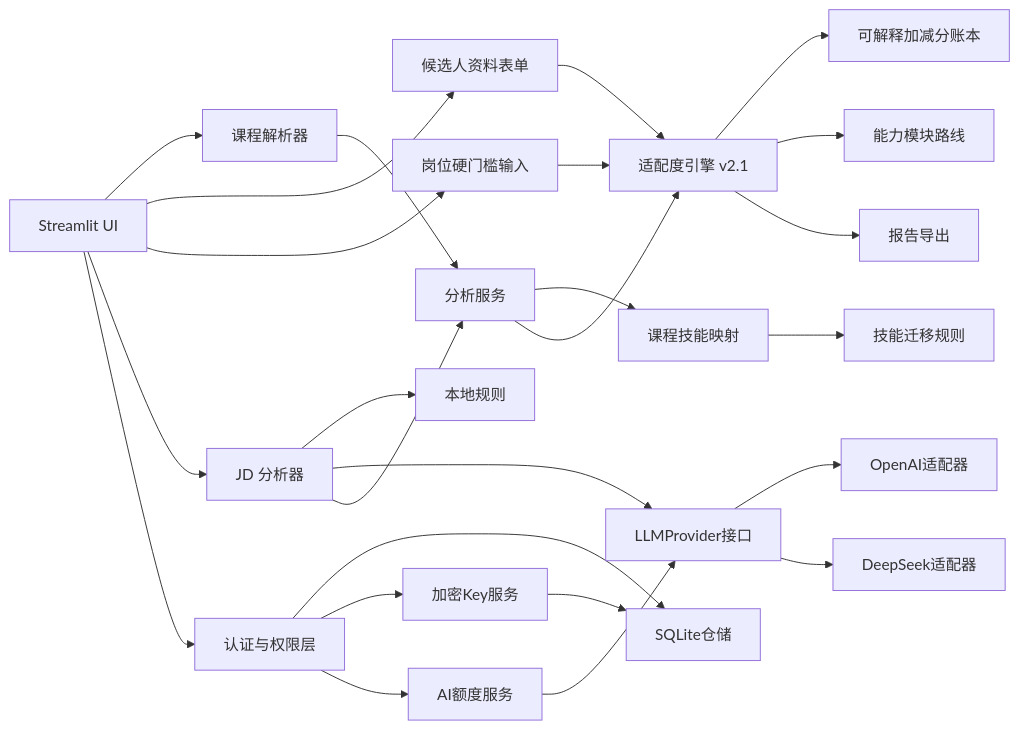
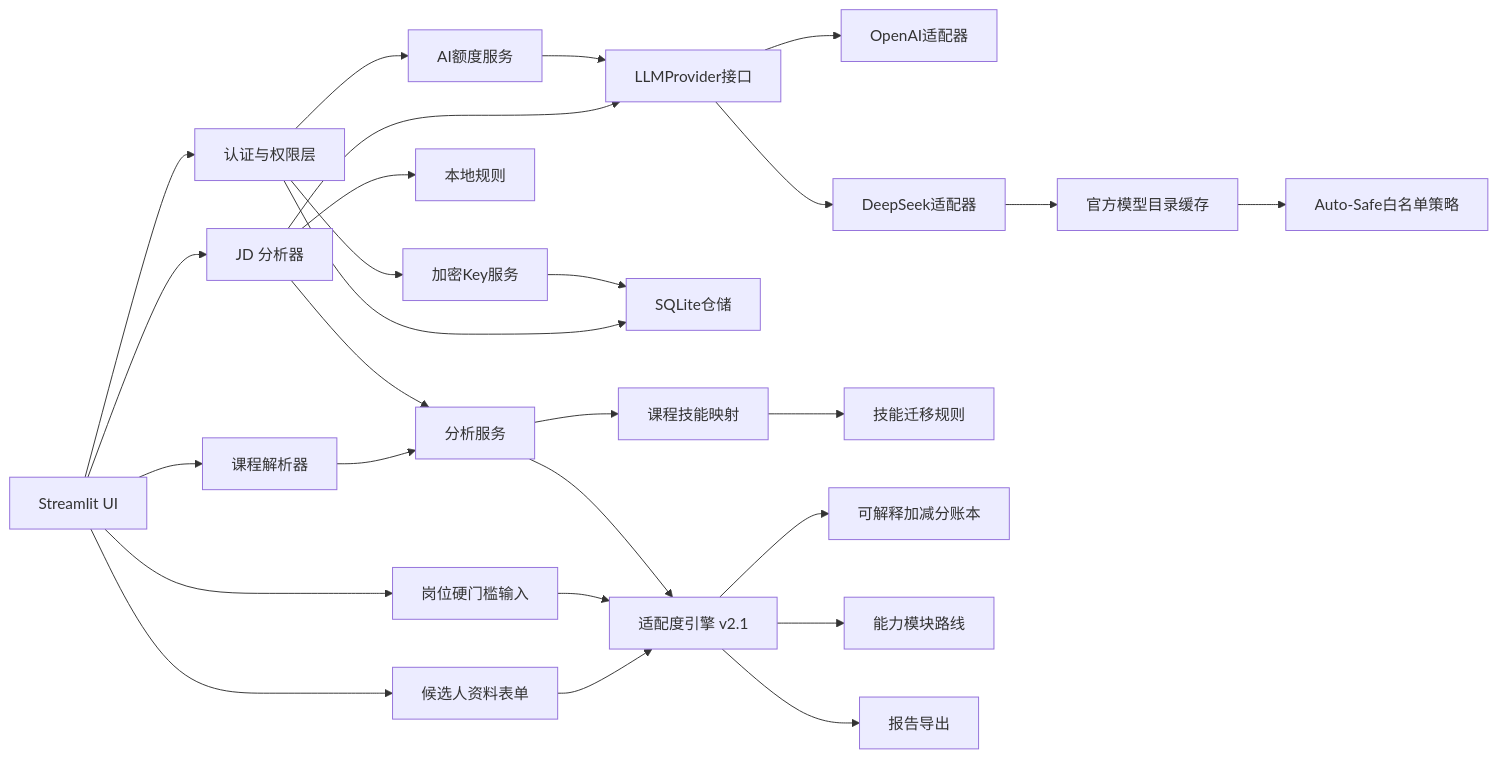
One commit to tcjyq/mhj-course2career changed the diagram in docs/architecture.md. Above: the diagram before and after it, drawn with Mermaid. The commit also changed other lines of this file and 31 other files, not shown here.

````diff
--- a/docs/architecture.md
+++ b/docs/architecture.md
@@ -7,27 +7,29 @@
 ```mermaid
 flowchart LR
     UI["Streamlit UI"] --> CP["课程解析器"]
     UI --> PROFILE["候选人资料表单"]
     UI --> GATE["岗位硬门槛输入"]
     UI --> JD["JD 分析器"]
     JD --> RULE["本地规则"]
     JD --> LLM["LLMProvider接口"]
     LLM --> OPENAI["OpenAI适配器"]
     LLM --> DEEPSEEK["DeepSeek适配器"]
+    DEEPSEEK --> CATALOG["官方模型目录缓存"]
+    CATALOG --> POLICY["Auto-Safe白名单策略"]
     UI --> AUTH["认证与权限层"]
     AUTH --> DB["SQLite仓储"]
     AUTH --> KEYS["加密Key服务"]
     KEYS --> DB
     AUTH --> USAGE["AI额度服务"]
     USAGE --> LLM
     CP --> SERVICE["分析服务"]
     PROFILE --> ADAPT["适配度引擎 v2.1"]
     GATE --> ADAPT
     JD --> SERVICE
     SERVICE --> MAP["课程技能映射"]
     MAP --> TRANSFER["技能迁移规则"]
     SERVICE --> ADAPT
     ADAPT --> LEDGER["可解释加减分账本"]
     ADAPT --> PATH["能力模块路线"]
     ADAPT --> REPORT["报告导出"]
 ```
````
